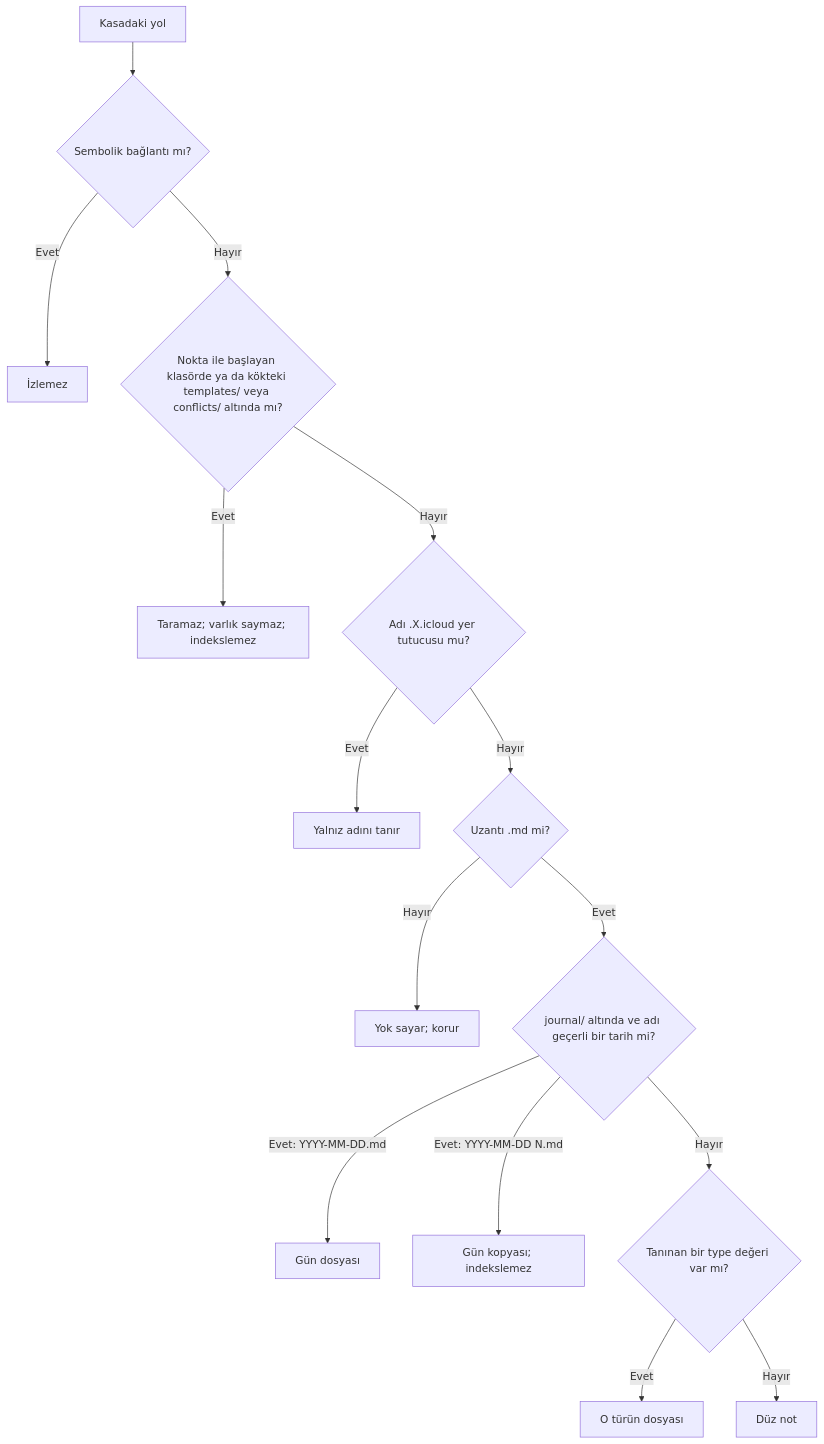
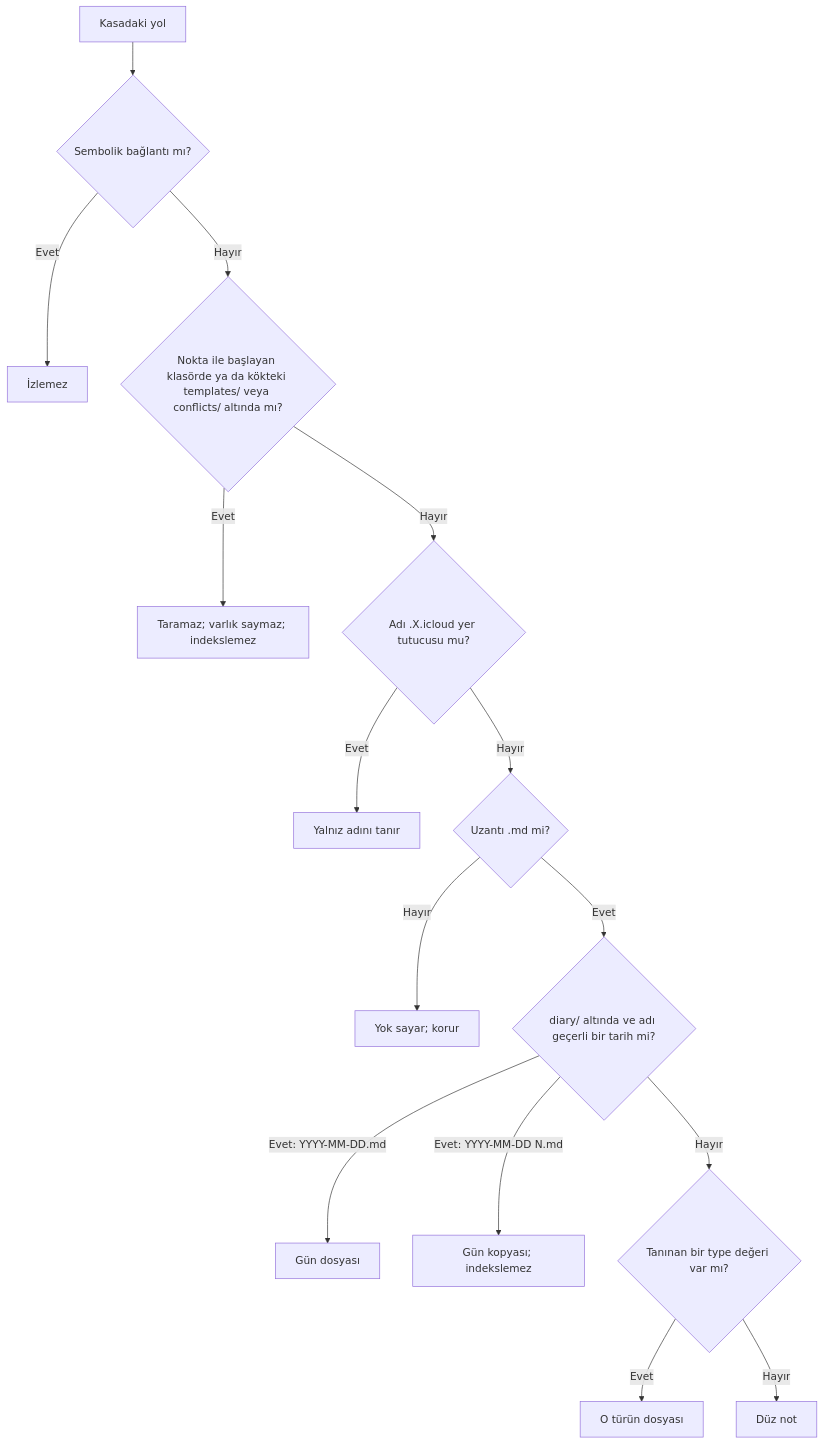
One commit to dogancanyildiz/kenet changed the fourth of 23 diagrams in docs/vault-format.md. Above: the diagram before and after it, drawn with Mermaid. The commit also changed other lines of this file and 1289 other files, not shown here.

First line of the commit message:
chore: Journal adı kalkar; Günlük Diary, kasa diary/ (#400)

````diff
--- a/docs/vault-format.md
+++ b/docs/vault-format.md
@@ -158,17 +160,17 @@
 ```mermaid
 flowchart TD
   A["Kasadaki yol"] --> B{"Sembolik bağlantı mı?"}
   B -- Evet --> B1["İzlemez"]
   B -- Hayır --> C{"Nokta ile başlayan klasörde ya da kökteki templates/ veya conflicts/ altında mı?"}
   C -- Evet --> C1["Taramaz; varlık saymaz; indekslemez"]
   C -- Hayır --> P{"Adı .X.icloud yer tutucusu mu?"}
   P -- Evet --> P1["Yalnız adını tanır"]
   P -- Hayır --> D{"Uzantı .md mi?"}
   D -- Hayır --> D1["Yok sayar; korur"]
-  D -- Evet --> E{"journal/ altında ve adı geçerli bir tarih mi?"}
+  D -- Evet --> E{"diary/ altında ve adı geçerli bir tarih mi?"}
   E -- "Evet: YYYY-MM-DD.md" --> E1["Gün dosyası"]
   E -- "Evet: YYYY-MM-DD N.md" --> E2["Gün kopyası; indekslemez"]
   E -- Hayır --> F{"Tanınan bir type değeri var mı?"}
   F -- Evet --> F1["O türün dosyası"]
   F -- Hayır --> F2["Düz not"]
 ```
````
